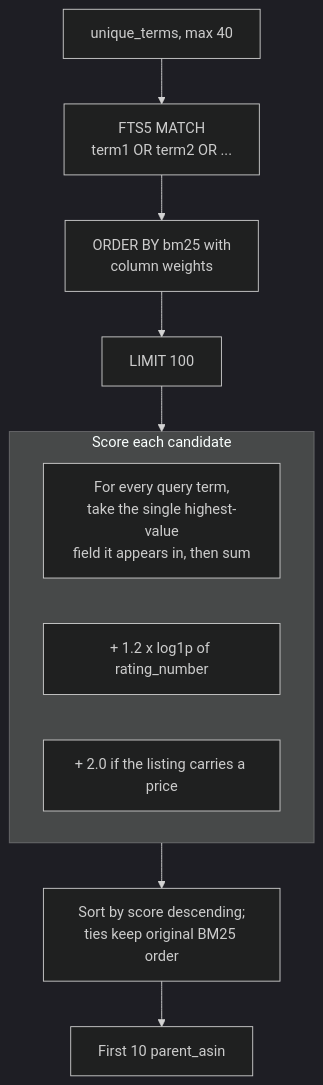
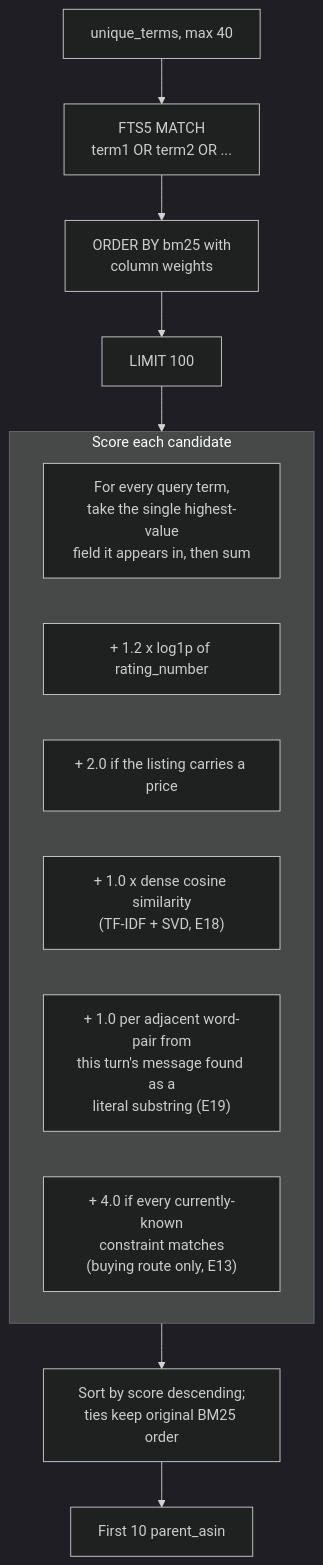
The fourth of 4 diagrams in docs/ARCHITECTURE.md (CHAN1203/TechJam-Conversational-Search), drawn with Mermaid (dark theme) before and after one commit. The commit also changed other lines of this file and 3 other files, not shown here.

````diff
--- a/docs/ARCHITECTURE.md
+++ b/docs/ARCHITECTURE.md
@@ -107,17 +126,20 @@
 ```mermaid
 flowchart TD
     TERMS["unique_terms, max 40"] --> Q["FTS5 MATCH<br/>term1 OR term2 OR ..."]
     Q --> ORDER["ORDER BY bm25 with<br/>column weights"]
     ORDER --> C100["LIMIT 100"]
 
     C100 --> SCORE
 
     subgraph SCORE["Score each candidate"]
         F["For every query term,<br/>take the single highest-value<br/>field it appears in, then sum"]
         P["+ 1.2 x log1p of rating_number"]
         PR["+ 2.0 if the listing carries a price"]
+        SEM["+ 1.0 x dense cosine similarity<br/>(TF-IDF + SVD, E18)"]
+        PH["+ 1.0 per adjacent word-pair from<br/>this turn's message found as a<br/>literal substring (E19)"]
+        CB["+ 4.0 if every currently-known<br/>constraint matches<br/>(buying route only, E13)"]
     end
 
     SCORE --> SORT["Sort by score descending;<br/>ties keep original BM25 order"]
     SORT --> TEN["First 10 parent_asin"]
 ```
````
